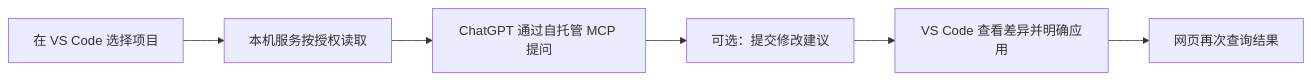
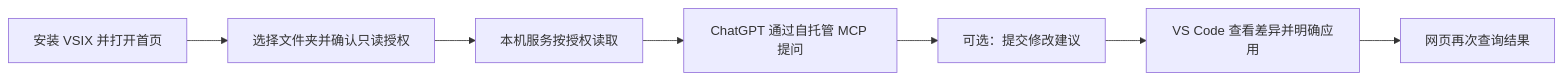
One commit to sky910140/porthole changed the diagram in README.md. Above: the diagram before and after it, drawn with Mermaid. The commit also changed other lines of this file and 36 other files, not shown here.

````diff
--- a/README.md
+++ b/README.md
@@ -9,8 +9,9 @@
 ```mermaid
 flowchart LR
-    A[在 VS Code 选择项目] --> B[本机服务按授权读取]
-    B --> C[ChatGPT 通过自托管 MCP 提问]
-    C --> D[可选：提交修改建议]
-    D --> E[VS Code 查看差异并明确应用]
-    E --> F[网页再次查询结果]
+    A[安装 VSIX 并打开首页] --> B[选择文件夹并确认只读授权]
+    B --> C[本机服务按授权读取]
+    C --> D[ChatGPT 通过自托管 MCP 提问]
+    D --> E[可选：提交修改建议]
+    E --> F[VS Code 查看差异并明确应用]
+    F --> G[网页再次查询结果]
 ```
````
